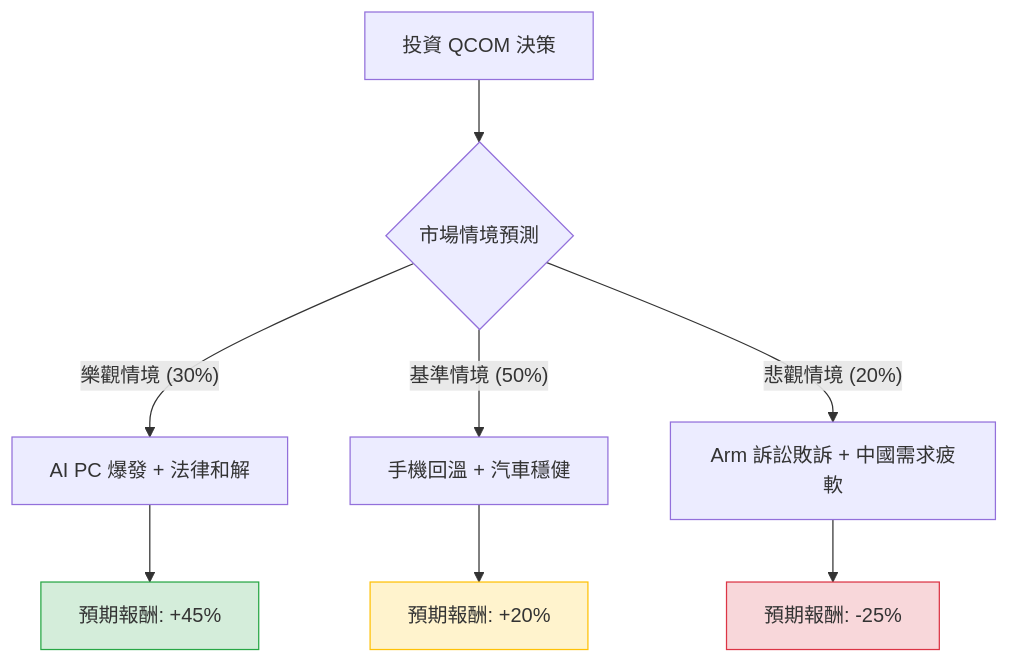
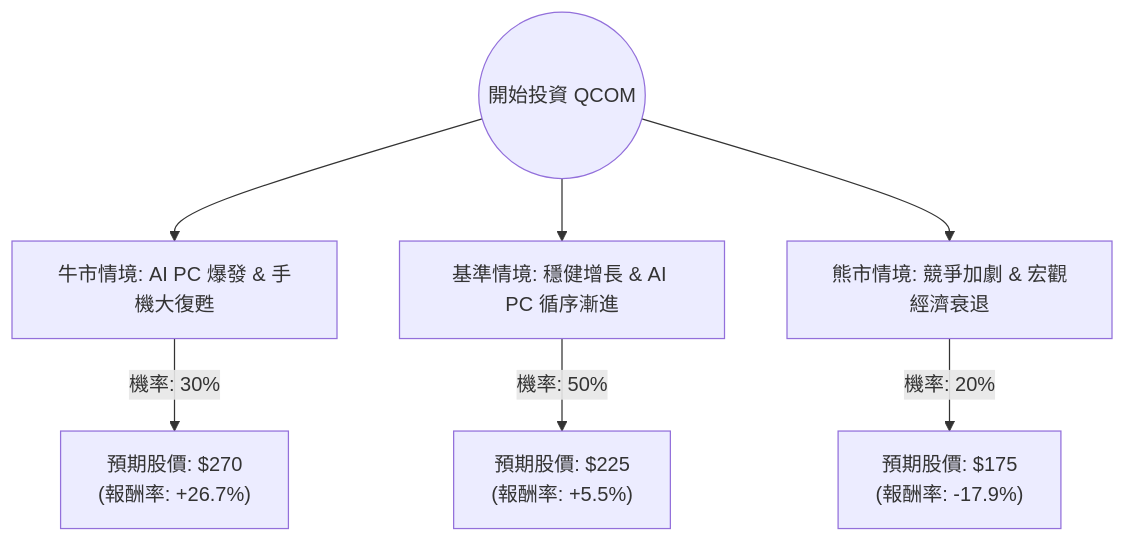
One commit to zmcx16/zmcx16.github.io changed the diagram in plugin-react/ai-analysis/ev-analysis/QCOM.md. Above: the diagram before and after it, drawn with Mermaid. The commit also changed other lines of this file and 77 other files, not shown here.

````diff
--- a/plugin-react/ai-analysis/ev-analysis/QCOM.md
+++ b/plugin-react/ai-analysis/ev-analysis/QCOM.md
@@ -20,16 +20,10 @@
 ```mermaid
 graph TD
-    A[投資 QCOM 決策] --> B{市場情境預測}
-    
-    B -- 樂觀情境 (30%) --> C[AI PC 爆發 + 法律和解]
-    B -- 基準情境 (50%) --> D[手機回溫 + 汽車穩健]
-    B -- 悲觀情境 (20%) --> E[Arm 訴訟敗訴 + 中國需求疲軟]
+    Start((開始投資 QCOM)) --> Bull[牛市情境: AI PC 爆發 & 手機大復甦]
+    Start --> Base[基準情境: 穩健增長 & AI PC 循序漸進]
+    Start --> Bear[熊市情境: 競爭加劇 & 宏觀經濟衰退]
 
-    C --> C1[預期報酬: +45%]
-    D --> D1[預期報酬: +20%]
-    E --> E1[預期報酬: -25%]
-
-    style C1 fill:#d4edda,stroke:#28a745
-    style D1 fill:#fff3cd,stroke:#ffc107
-    style E1 fill:#f8d7da,stroke:#dc3545
+    Bull -- "機率: 30%" --> BullVal["預期股價: $270 <br/> (報酬率: +26.7%)"]
+    Base -- "機率: 50%" --> BaseVal["預期股價: $225 <br/> (報酬率: +5.5%)"]
+    Bear -- "機率: 20%" --> BearVal["預期股價: $175 <br/> (報酬率: -17.9%)"]
 ```
````
